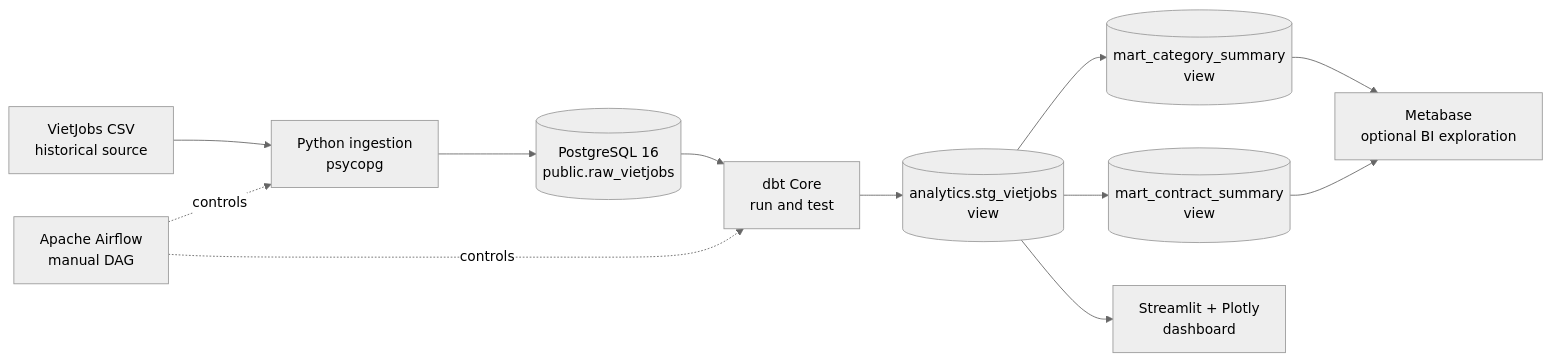
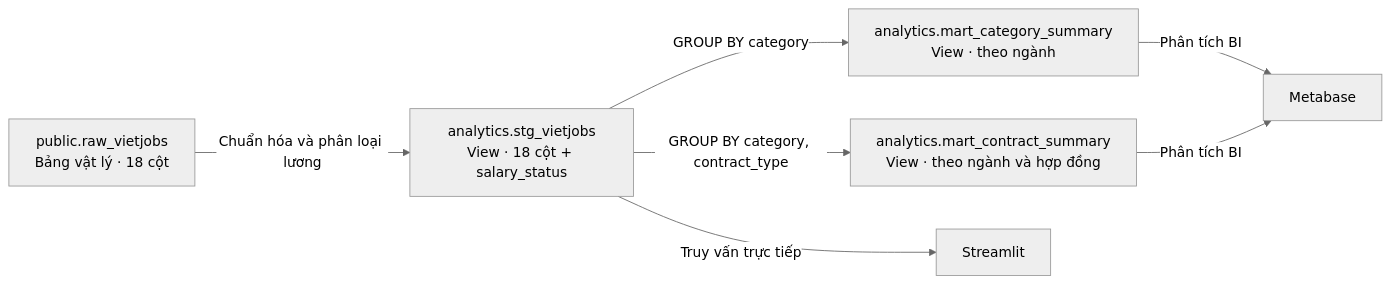
One commit to VuHuuThinh05/Vietnam-Job-Market-Intelligence changed the second of 2 diagrams in docs/architecture.md. Above: the diagram before and after it, drawn with Mermaid (neutral theme). The commit also changed other lines of this file, not shown here.

Commit message:
docs: cập nhật tài liệu docs/architecture.md theo code và kết quả đã xác minh

````diff
--- a/docs/architecture.md
+++ b/docs/architecture.md
@@ -7,14 +39,9 @@
 ```mermaid
 flowchart LR
-  CSV["VietJobs CSV<br/>historical source"] --> ING["Python ingestion<br/>psycopg"]
-  AIR["Apache Airflow<br/>manual DAG"] -.controls.-> ING
-  AIR -.controls.-> DBT["dbt Core<br/>run and test"]
-  ING --> RAW[("PostgreSQL 16<br/>public.raw_vietjobs")]
-  RAW --> DBT
-  DBT --> STG[("analytics.stg_vietjobs<br/>view")]
-  STG --> CAT[("mart_category_summary<br/>view")]
-  STG --> CON[("mart_contract_summary<br/>view")]
-  STG --> STREAM["Streamlit + Plotly<br/>dashboard"]
-  CAT --> META["Metabase<br/>optional BI exploration"]
-  CON --> META
+  RAW["public.raw_vietjobs<br/>Bảng vật lý · 18 cột"] -->|"Chuẩn hóa và phân loại lương"| STG["analytics.stg_vietjobs<br/>View · 18 cột + salary_status"]
+  STG -->|"GROUP BY category"| CAT["analytics.mart_category_summary<br/>View · theo ngành"]
+  STG -->|"GROUP BY category, contract_type"| CON["analytics.mart_contract_summary<br/>View · theo ngành và hợp đồng"]
+  STG -->|"Truy vấn trực tiếp"| APP["Streamlit"]
+  CAT -->|"Phân tích BI"| META["Metabase"]
+  CON -->|"Phân tích BI"| META
 ```
````
